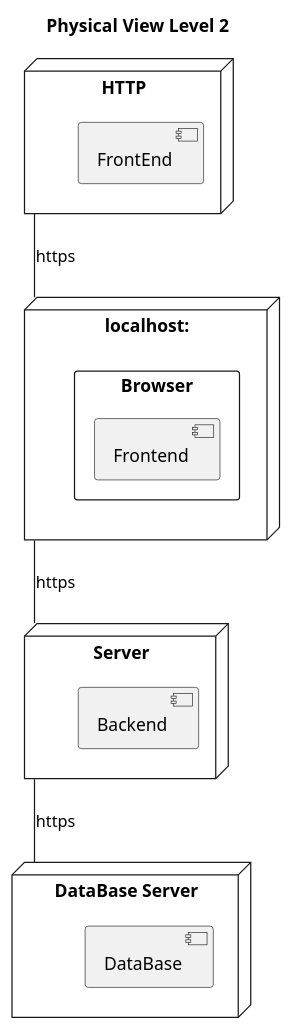
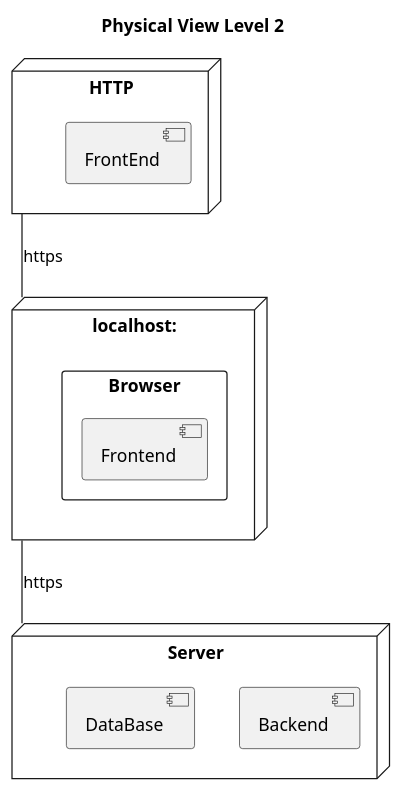
One commit to nunogon1211787/projectManagement changed the diagram in docs/Views/Level 2/VFN2.puml. Above: the diagram before and after it, drawn with PlantUML. The commit also changed 7 other files, not shown here.

```diff
--- a/docs/Views/Level 2/VFN2.puml
+++ b/docs/Views/Level 2/VFN2.puml
@@ -1,29 +1,25 @@
 @startuml
 
 title Physical View Level 2
 
 node "HTTP" as http {
 [FrontEnd]
 }
 
 node "localhost:" as localhost {
 rectangle Browser{
 [Frontend]
 }
 }
 
 node "Server" as server {
 [Backend]
-}
-
-node "DataBase Server" as db {
 [DataBase]
 }
 
 
 localhost -- server: https
-server -- db: https
 http -- localhost: https
 
 
 @enduml
```
